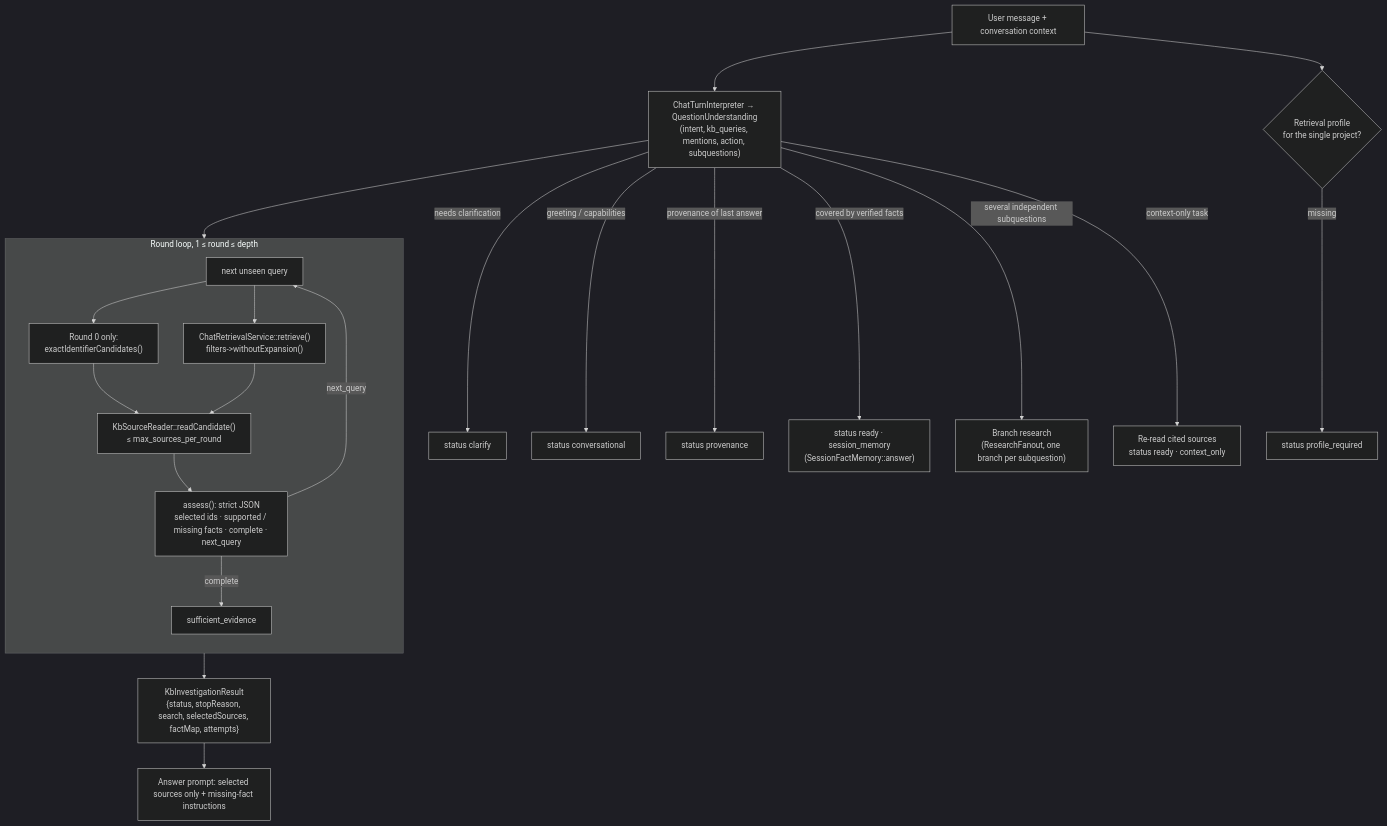
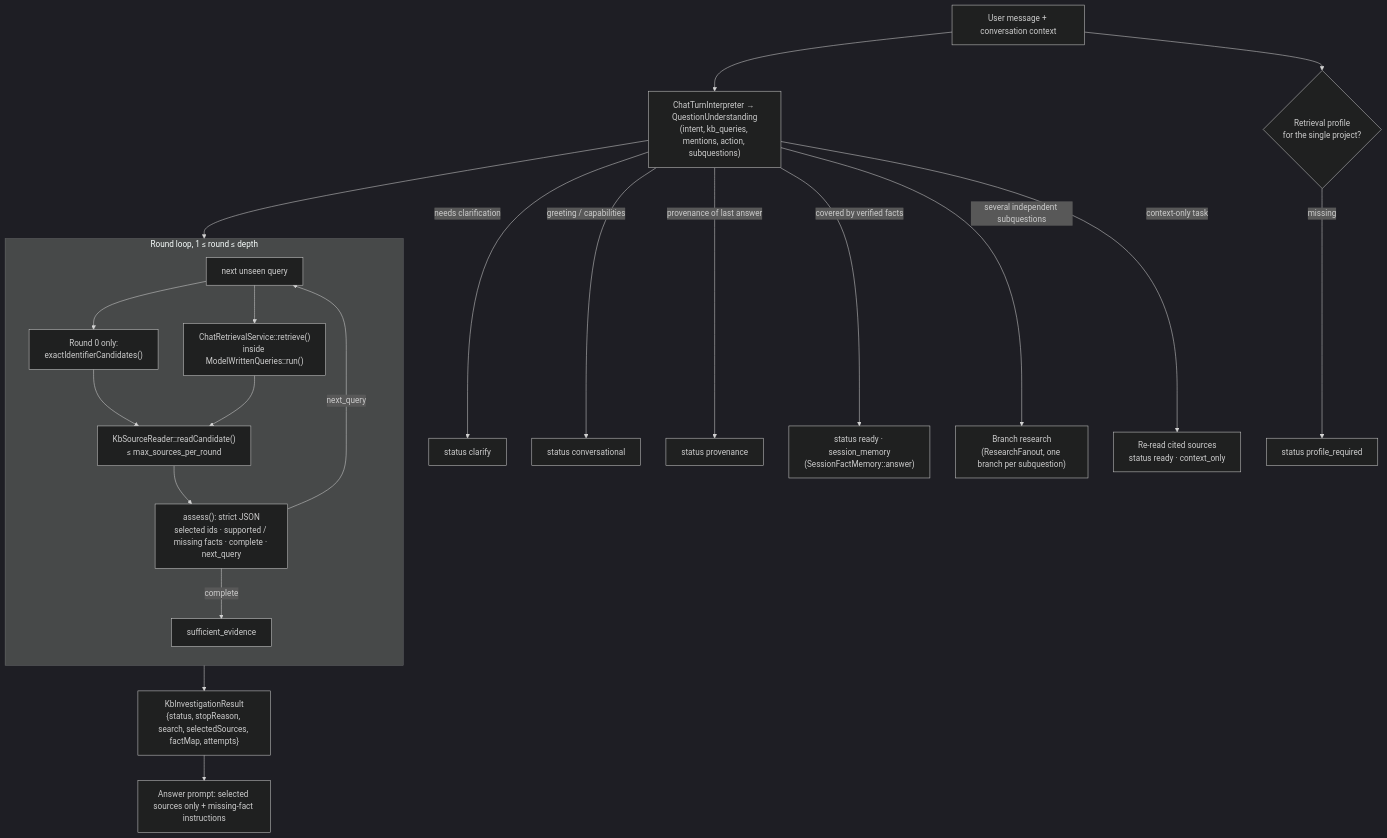
Before and after one commit to lopadova/AskMyDocs: the diagram in docs-site/architecture/recursive-investigation.mdx, drawn with Mermaid (dark theme). The commit also changed other lines of this file and 6 other files, not shown here.

First line of the commit message:
docs: describe the model-written query scope (ModelWrittenQueries) instead of the filter argument

````diff
--- a/docs-site/architecture/recursive-investigation.mdx
+++ b/docs-site/architecture/recursive-investigation.mdx
@@ -80,24 +80,24 @@
 ```mermaid
 flowchart TD
     U[User message + conversation context] --> PR{Retrieval profile<br/>for the single project?}
     U --> INT["ChatTurnInterpreter → QuestionUnderstanding<br/>(intent, kb_queries, mentions, action, subquestions)"]
     INT -->|needs clarification| CL[status clarify]
     INT -->|greeting / capabilities| CONV[status conversational]
     INT -->|provenance of last answer| PROV[status provenance]
     INT -->|covered by verified facts| MEM["status ready · session_memory<br/>(SessionFactMemory::answer)"]
     INT -->|several independent subquestions| BR["Branch research<br/>(ResearchFanout, one branch per subquestion)"]
     INT -->|context-only task| CTX["Re-read cited sources<br/>status ready · context_only"]
     PR -->|missing| REQ[status profile_required]
     INT --> LOOP
     subgraph LOOP[Round loop, 1 ≤ round ≤ depth]
       direction TB
       Q[next unseen query] --> EX["Round 0 only:<br/>exactIdentifierCandidates()"]
-      Q --> SEM["ChatRetrievalService::retrieve()<br/>filters->withoutExpansion()"]
+      Q --> SEM["ChatRetrievalService::retrieve()<br/>inside ModelWrittenQueries::run()"]
       EX & SEM --> RD["KbSourceReader::readCandidate()<br/>≤ max_sources_per_round"]
       RD --> AS["assess(): strict JSON<br/>selected ids · supported / missing facts · complete · next_query"]
       AS -->|complete| STOP1[sufficient_evidence]
       AS -->|next_query| Q
     end
     LOOP --> RES["KbInvestigationResult<br/>{status, stopReason, search, selectedSources, factMap, attempts}"]
     RES --> ANS[Answer prompt: selected sources only + missing-fact instructions]
 ```
````
